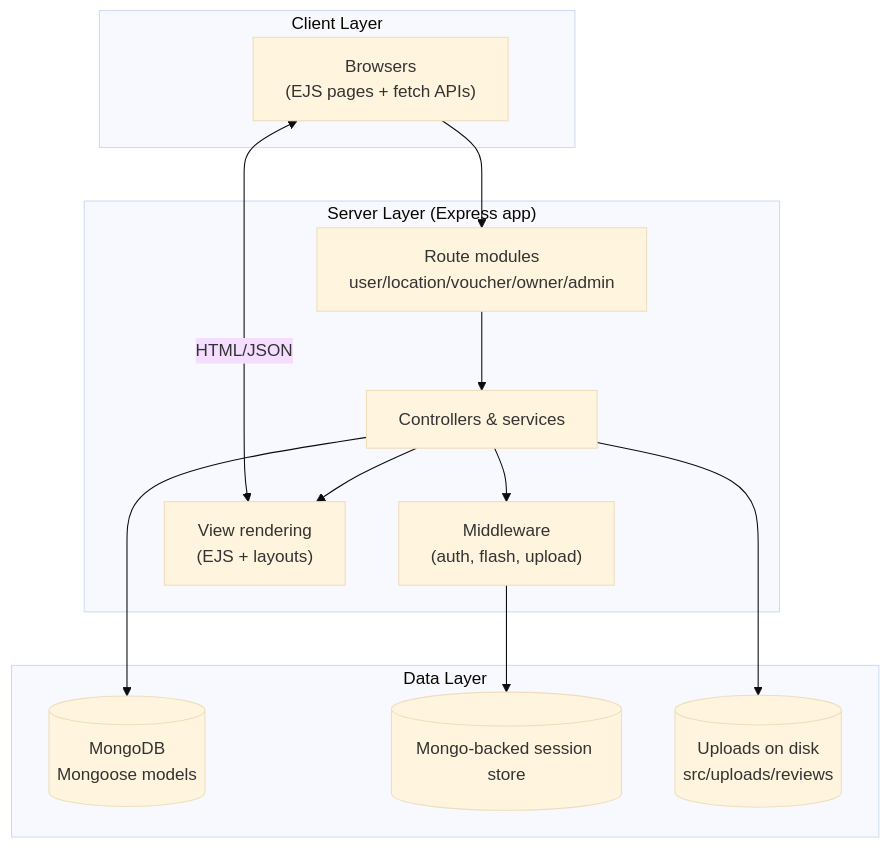
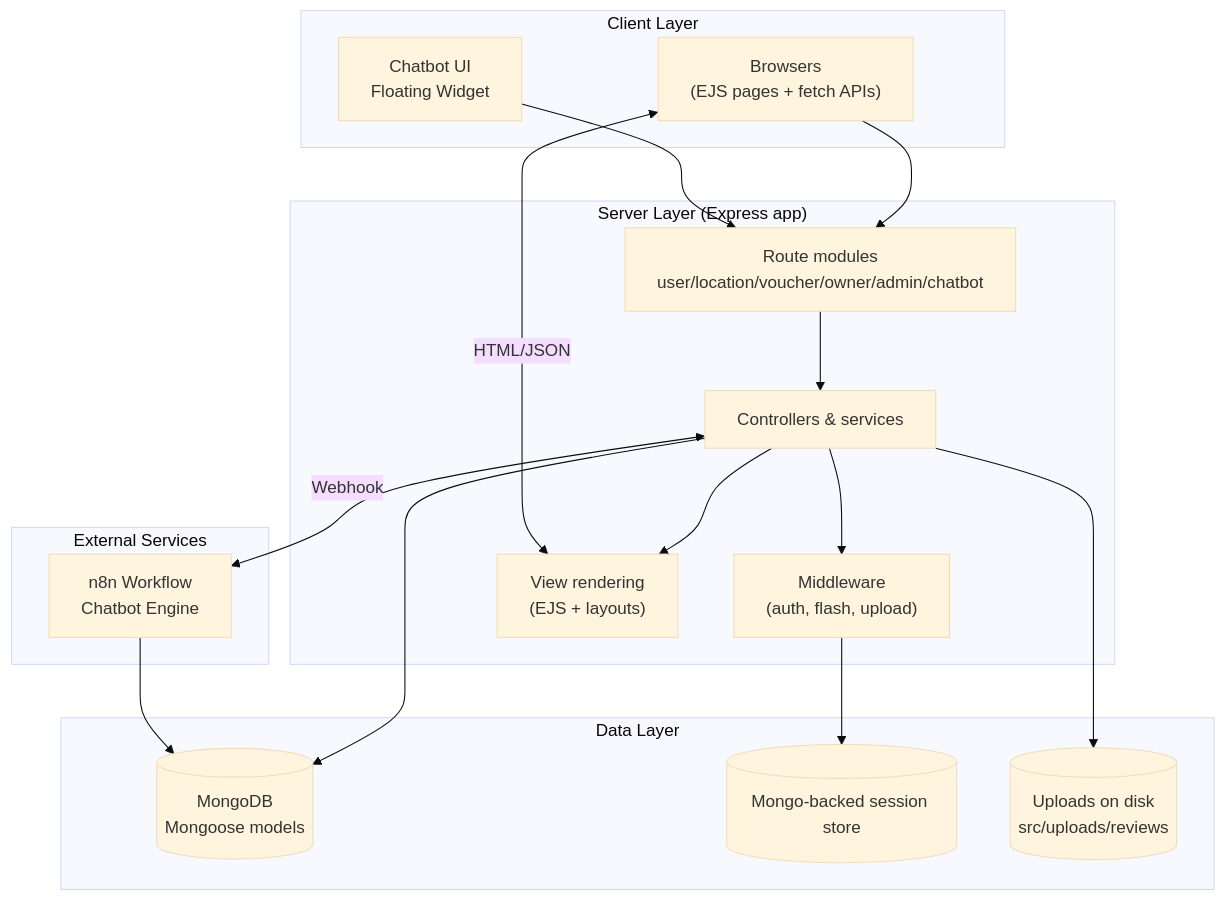
One commit to tamnguyen0K/voucher-management-system changed the fifth of 19 diagrams in docs/system-architecture.md. Above: the diagram before and after it, drawn with Mermaid (base theme). The commit also changed other lines of this file and 13 other files, not shown here.

````diff
--- a/docs/system-architecture.md
+++ b/docs/system-architecture.md
@@ -74,21 +140,37 @@
 ```mermaid
 graph TB
     subgraph "Client Layer"
         B["Browsers<br/>(EJS pages + fetch APIs)"]
+        CHAT[Chatbot UI<br/>Floating Widget]
     end
+    
     subgraph "Server Layer (Express app)"
-        R[Route modules<br/>user/location/voucher/owner/admin] --> C[Controllers & services]
-        C --> MW["Middleware<br/>(auth, flash, upload)"]
-        C --> V["View rendering<br/>(EJS + layouts)"]
+        R[Route modules<br/>user/location/voucher/owner/admin/chatbot]
+        C[Controllers & services]
+        MW["Middleware<br/>(auth, flash, upload)"]
+        V["View rendering<br/>(EJS + layouts)"]
+        
+        R --> C
+        C --> MW
+        C --> V
     end
+    
+    subgraph "External Services"
+        N8N[n8n Workflow<br/>Chatbot Engine]
+    end
+    
     subgraph "Data Layer"
         DB[(MongoDB<br/>Mongoose models)]
         SS[(Mongo-backed session store)]
         FS[(Uploads on disk<br/>src/uploads/reviews)]
     end
+    
     B --> R
+    CHAT --> R
     B <-->|HTML/JSON| V
     C --> DB
     C --> FS
+    C <-->|Webhook| N8N
+    N8N --> DB
     MW --> SS
 ```
````
